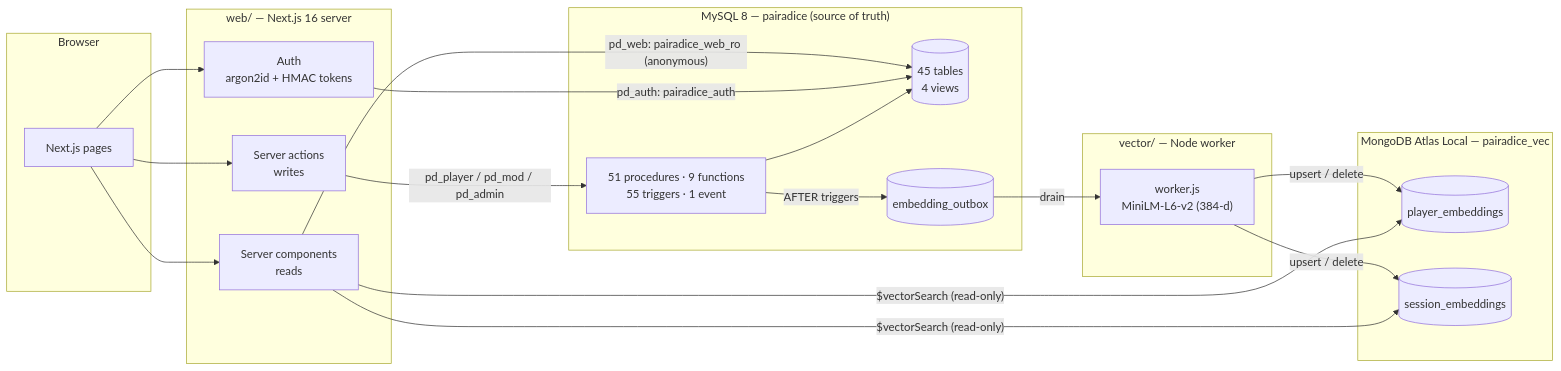
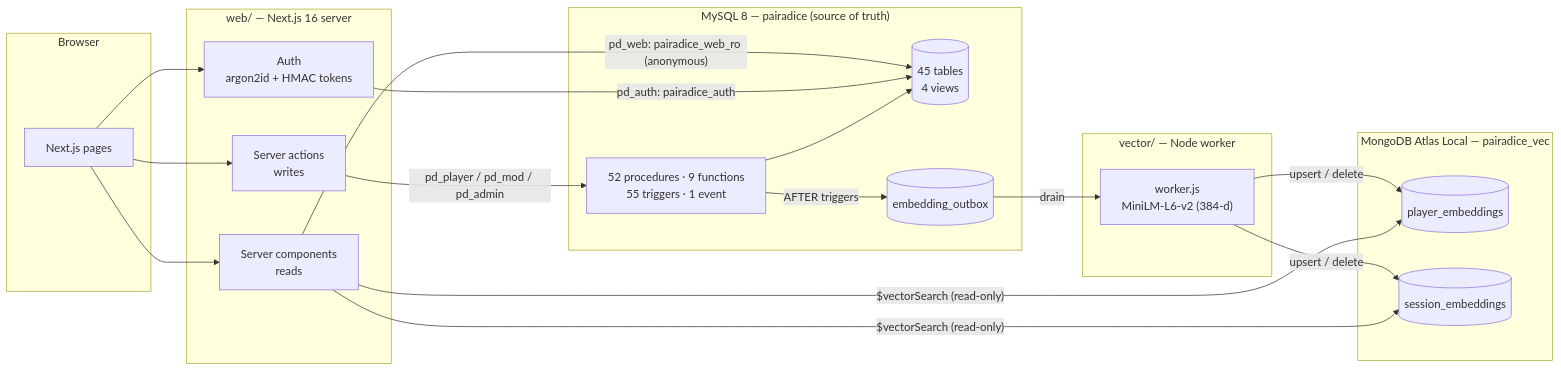
Before and after one commit to CloudStone16/Pairadice: the diagram in README.md, drawn with Mermaid. The commit also changed other lines of this file and 2 other files, not shown here.

````diff
--- a/README.md
+++ b/README.md
@@ -62,37 +63,37 @@
 ```mermaid
 flowchart LR
   subgraph Browser
     UI["Next.js pages"]
   end
 
   subgraph Web["web/ — Next.js 16 server"]
     RSC["Server components<br/>reads"]
     SA["Server actions<br/>writes"]
     AUTH["Auth<br/>argon2id + HMAC tokens"]
   end
 
   subgraph MySQL["MySQL 8 — pairadice (source of truth)"]
     T[("45 tables<br/>4 views")]
-    R["51 procedures · 9 functions<br/>55 triggers · 1 event"]
+    R["52 procedures · 9 functions<br/>55 triggers · 1 event"]
     OB[("embedding_outbox")]
   end
 
   subgraph Vec["vector/ — Node worker"]
     W["worker.js<br/>MiniLM-L6-v2 (384-d)"]
   end
 
   subgraph Mongo["MongoDB Atlas Local — pairadice_vec"]
     PE[("player_embeddings")]
     SE[("session_embeddings")]
   end
 
   UI --> RSC & SA & AUTH
   RSC -- "pd_web: pairadice_web_ro (anonymous)" --> T
   AUTH -- "pd_auth: pairadice_auth" --> T
   SA -- "pd_player / pd_mod / pd_admin" --> R
   R --> T
   R -- "AFTER triggers" --> OB
   OB -- "drain" --> W
   W -- "upsert / delete" --> PE & SE
   RSC -- "$vectorSearch (read-only)" --> PE & SE
 ```
````
